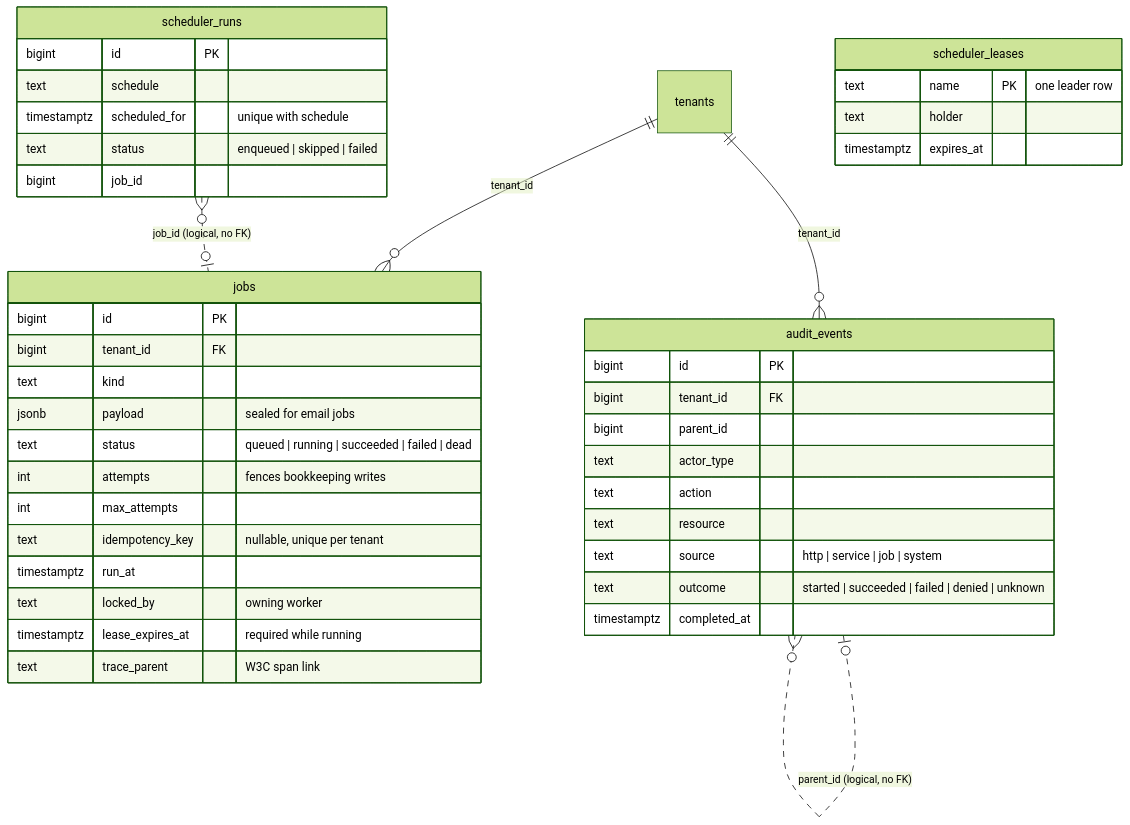
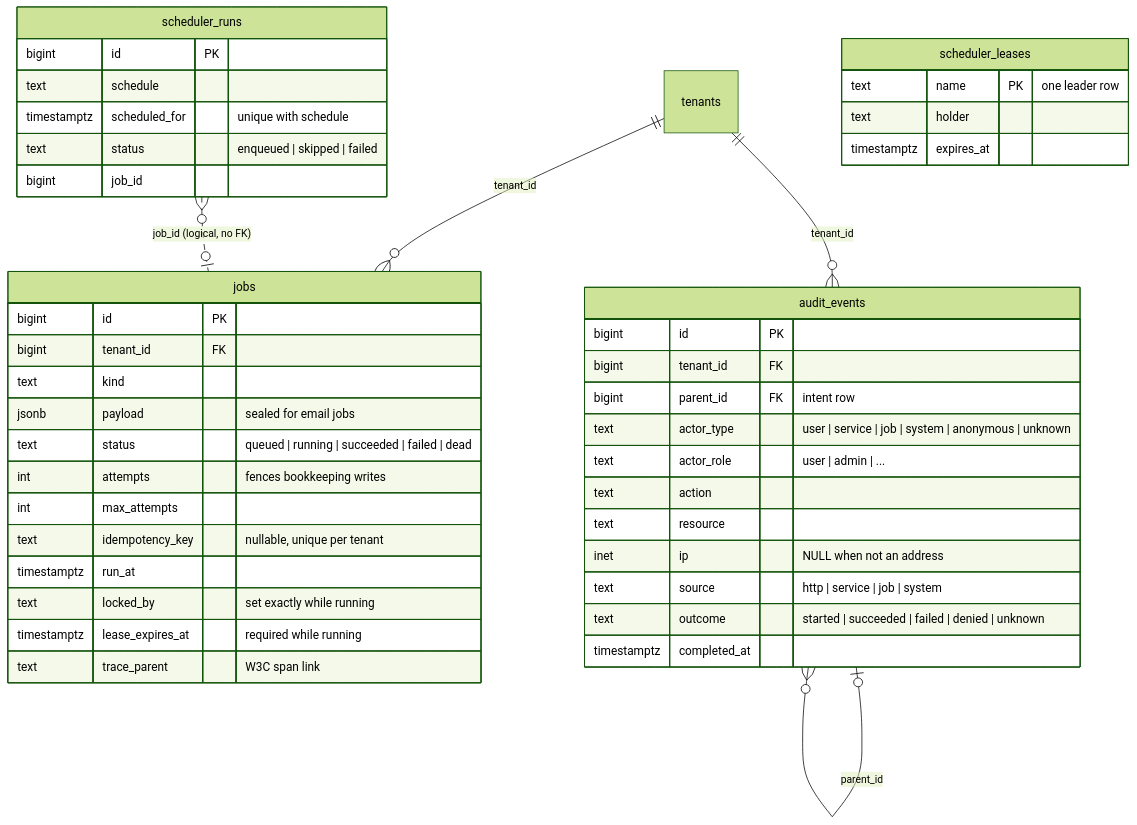
Before and after one commit to chuanghiduoc/fiber-golang-boilerplate: the fourth of 4 diagrams in docs/data-model.md, drawn with Mermaid (forest theme). The commit also changed other lines of this file and 71 other files, not shown here.

````diff
--- a/docs/data-model.md
+++ b/docs/data-model.md
@@ -235,45 +302,47 @@
 ```mermaid
 erDiagram
     tenants ||--o{ jobs : "tenant_id"
     tenants ||--o{ audit_events : "tenant_id"
-    audit_events |o..o{ audit_events : "parent_id (logical, no FK)"
+    audit_events |o--o{ audit_events : "parent_id"
     scheduler_runs }o..o| jobs : "job_id (logical, no FK)"
 
     jobs {
         bigint id PK
         bigint tenant_id FK
         text kind
         jsonb payload "sealed for email jobs"
         text status "queued | running | succeeded | failed | dead"
         int attempts "fences bookkeeping writes"
         int max_attempts
         text idempotency_key "nullable, unique per tenant"
         timestamptz run_at
-        text locked_by "owning worker"
+        text locked_by "set exactly while running"
         timestamptz lease_expires_at "required while running"
         text trace_parent "W3C span link"
     }
     audit_events {
         bigint id PK
         bigint tenant_id FK
-        bigint parent_id
-        text actor_type
+        bigint parent_id FK "intent row"
+        text actor_type "user | service | job | system | anonymous | unknown"
+        text actor_role "user | admin | ..."
         text action
         text resource
+        inet ip "NULL when not an address"
         text source "http | service | job | system"
         text outcome "started | succeeded | failed | denied | unknown"
         timestamptz completed_at
     }
     scheduler_leases {
         text name PK "one leader row"
         text holder
         timestamptz expires_at
     }
     scheduler_runs {
         bigint id PK
         text schedule
         timestamptz scheduled_for "unique with schedule"
         text status "enqueued | skipped | failed"
         bigint job_id
     }
 ```
````
